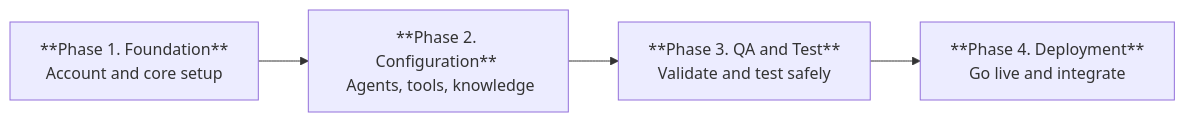
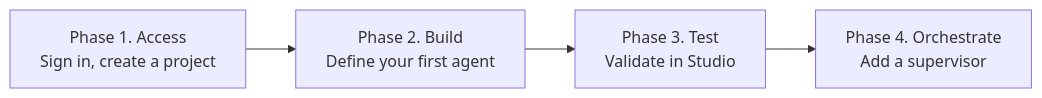
The diagram in agent-platform/getting-started.mdx (Koredotcom/docs-v2), drawn with Mermaid before and after one commit. The commit also changed other lines of this file and 1547 other files, not shown here.

````diff
--- a/agent-platform/getting-started.mdx
+++ b/agent-platform/getting-started.mdx
@@ -30,9 +17,9 @@
 ```mermaid actions={false}
 flowchart LR
-    A["**Phase 1. Foundation** <br /> Account and core setup"]
-    B["**Phase 2. Configuration** <br /> Agents, tools, knowledge"]
-    C["**Phase 3. QA and Test** <br /> Validate and test safely"]
-    D["**Phase 4. Deployment** <br /> Go live and integrate"]
+    A["Phase 1. Access <br /> Sign in, create a project"]
+    B["Phase 2. Build <br /> Define your first agent"]
+    C["Phase 3. Test <br /> Validate in Studio"]
+    D["Phase 4. Orchestrate <br /> Add a supervisor"]
 
     A --> B --> C --> D
 ```
````
